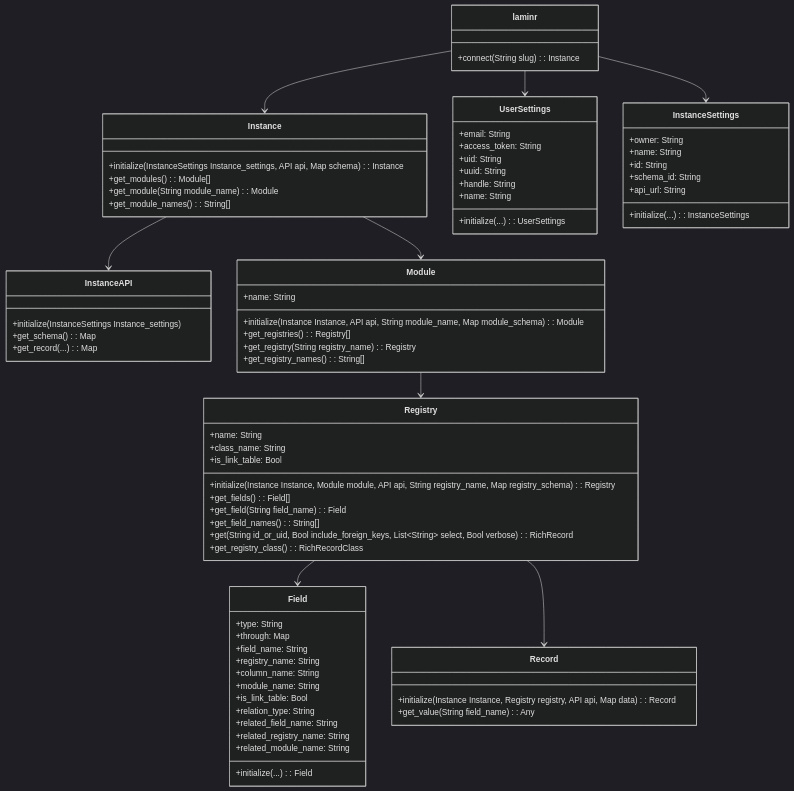
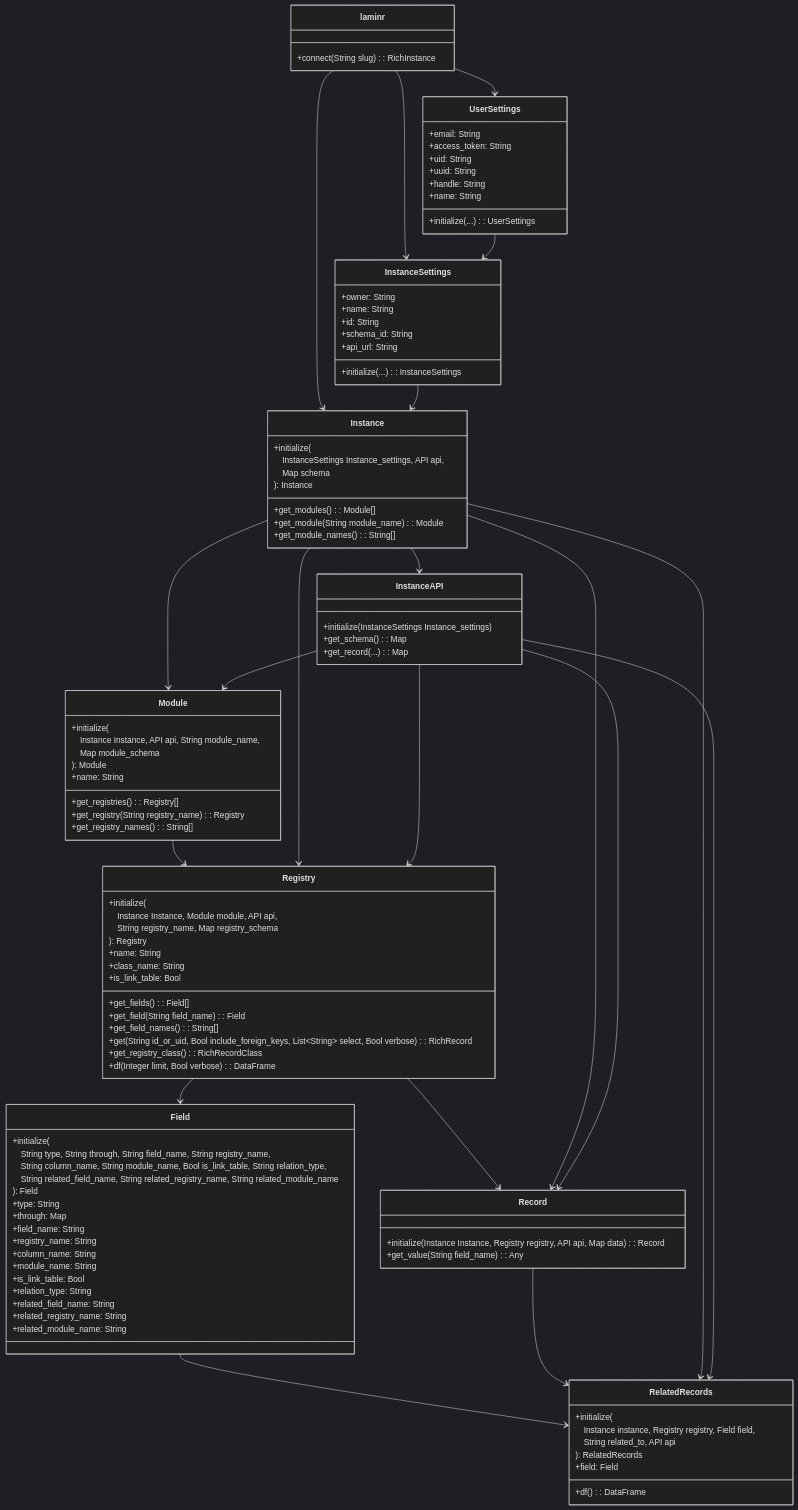
Before and after one commit to laminlabs/laminr: the first of 2 diagrams in vignettes/architecture.qmd, drawn with Mermaid (dark theme). The commit also changed other lines of this file and 10 other files, not shown here.

````diff
--- a/vignettes/architecture.qmd
+++ b/vignettes/architecture.qmd
@@ -102,11 +102,23 @@
     Module --> Registry
     Registry --> Field
     Registry --> Record
+    Field --> RelatedRecords
+    Record --> RelatedRecords
+    UserSettings --> InstanceSettings
+    InstanceSettings --> Instance
+    InstanceAPI --> Module
+    Instance --> Registry
+    InstanceAPI --> Registry
+    Instance --> Record
+    InstanceAPI --> Record
+    Instance --> RelatedRecords
+    InstanceAPI --> RelatedRecords
+    
+    %% Use #emsp; to create indents in the rendered diagram when necessary
     
     class laminr{
-        +connect(String slug): Instance
+        +connect(String slug): RichInstance
     }
-
     class UserSettings{
         +initialize(...): UserSettings
         +email: String
@@ -116,7 +128,6 @@
         +handle: String
         +name: String
     }
-
     class InstanceSettings{
         +initialize(...): InstanceSettings
         +owner: String
@@ -126,7 +137,10 @@
         +api_url: String
     }
     class Instance{
-        +initialize(InstanceSettings Instance_settings, API api, Map<String, any> schema): Instance
+        +initialize(
+          #emsp;InstanceSettings Instance_settings, API api,
+          #emsp;Map<String, any> schema
+        ): Instance
         +get_modules(): Module[]
         +get_module(String module_name): Module
         +get_module_names(): String[]
@@ -137,14 +151,20 @@
         +get_record(...): Map<String, Any>
     }
     class Module{
-        +initialize(Instance Instance, API api, String module_name, Map<String, any> module_schema): Module
+        +initialize(
+          #emsp;Instance Instance, API api, String module_name,
+          #emsp;Map<String, any> module_schema
+        ): Module
         +name: String
         +get_registries(): Registry[]
         +get_registry(String registry_name): Registry
         +get_registry_names(): String[]
     }
     class Registry{
-        +initialize(Instance Instance, Module module, API api, String registry_name, Map<String, Any> registry_schema): Registry
+        +initialize(
+          #emsp;Instance Instance, Module module, API api,
+          #emsp;String registry_name, Map<String, Any> registry_schema
+        ): Registry
         +name: String
         +class_name: String
         +is_link_table: Bool
@@ -153,9 +173,14 @@
         +get_field_names(): String[]
         +get(String id_or_uid, Bool include_foreign_keys, List~String~ select, Bool verbose): RichRecord
         +get_registry_class(): RichRecordClass
+        +df(Integer limit, Bool verbose): DataFrame
     }
     class Field{
-        +initialize(...): Field
+        +initialize(
+          #emsp;String type, String through, String field_name, String registry_name,
+          #emsp;String column_name, String module_name, Bool is_link_table, String relation_type,
+          #emsp;String related_field_name, String related_registry_name, String related_module_name
+        ): Field
         +type: String
         +through: Map
         +field_name: String
@@ -172,5 +197,13 @@
         +initialize(Instance Instance, Registry registry, API api, Map<String, Any> data): Record
         +get_value(String field_name): Any
     }
+    class RelatedRecords{
+        +initialize(
+          #emsp;Instance instance, Registry registry, Field field,
+          #emsp;String related_to, API api
+        ): RelatedRecords
+        +df(): DataFrame
+        +field: Field
+    }
 %% # nolint end
 ```
````
